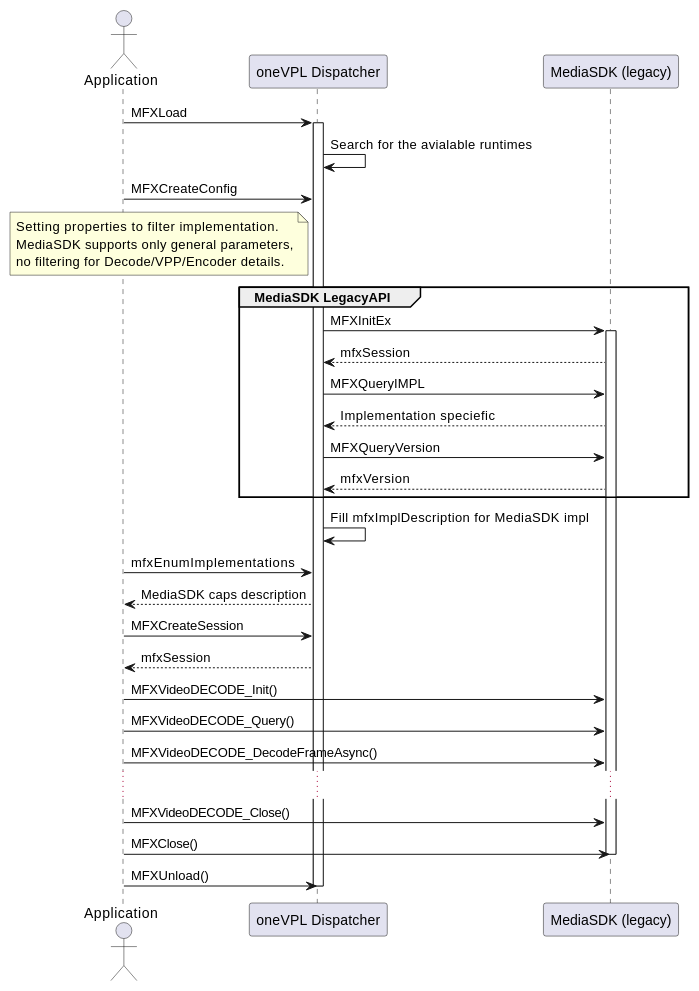
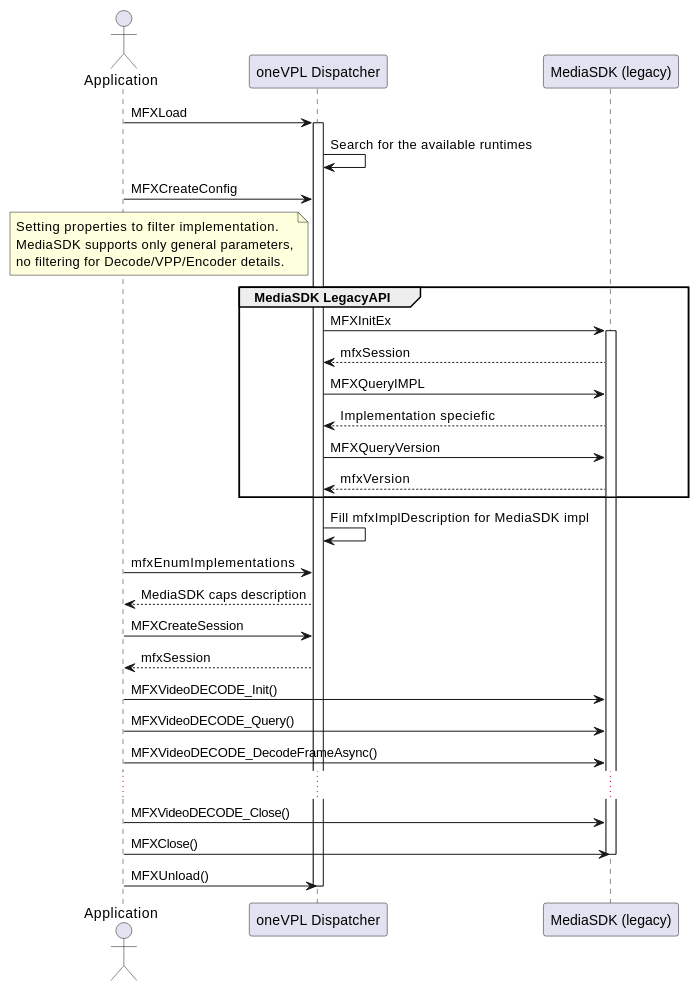
The second of 2 diagrams in source/elements/oneVPL/source/programming_guide/VPL_prg_session.rst (uxlfoundation/oneAPI-spec), drawn with PlantUML before and after one commit. The commit also changed other lines of this file and 9 other files, not shown here.

```diff
--- a/source/elements/oneVPL/source/programming_guide/VPL_prg_session.rst
+++ b/source/elements/oneVPL/source/programming_guide/VPL_prg_session.rst
@@ -572,49 +572,49 @@
 .. uml::
 
    @startuml
    actor Application as A
    participant "oneVPL Dispatcher" as D
    participant "MediaSDK (legacy)" as M
    A -> D: MFXLoad
    activate D
-   D -> D: Search for the avialable runtimes
+   D -> D: Search for the available runtimes
    A -> D: MFXCreateConfig
    
    note left of D
    Setting properties to filter implementation.
    MediaSDK supports only general parameters,
    no filtering for Decode/VPP/Encoder details.
    end note
 
    group MediaSDK LegacyAPI
       D -> M: MFXInitEx
       activate M
 
       M --> D: mfxSession
       D -> M: MFXQueryIMPL
       M --> D: Implementation speciefic
 
       D -> M: MFXQueryVersion
       M --> D: mfxVersion
    end
 
    D -> D: Fill mfxImplDescription for MediaSDK impl
 
    A -> D: mfxEnumImplementations
    D --> A: MediaSDK caps description
 
    A -> D: MFXCreateSession
    D --> A: mfxSession
 
    A -> M: MFXVideoDECODE_Init()
    A -> M: MFXVideoDECODE_Query()
    A -> M: MFXVideoDECODE_DecodeFrameAsync()
    ...
    A -> M: MFXVideoDECODE_Close()
    A -> M: MFXClose()
 
    deactivate M
 
    A -> D: MFXUnload()
    deactivate D
    @enduml
```
